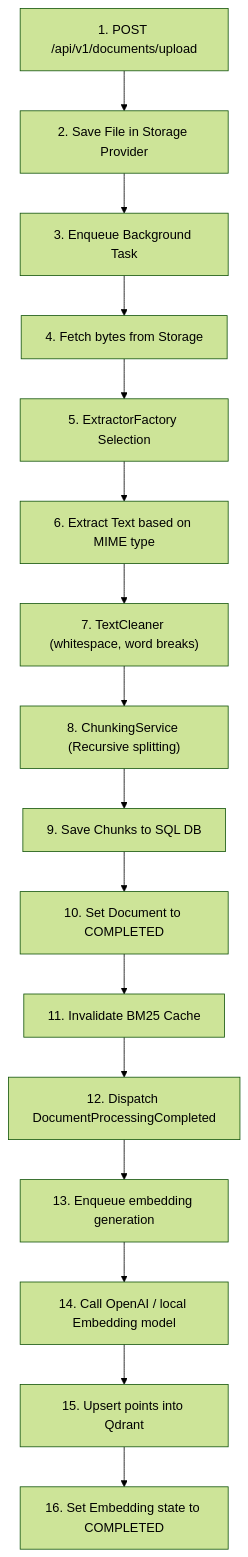
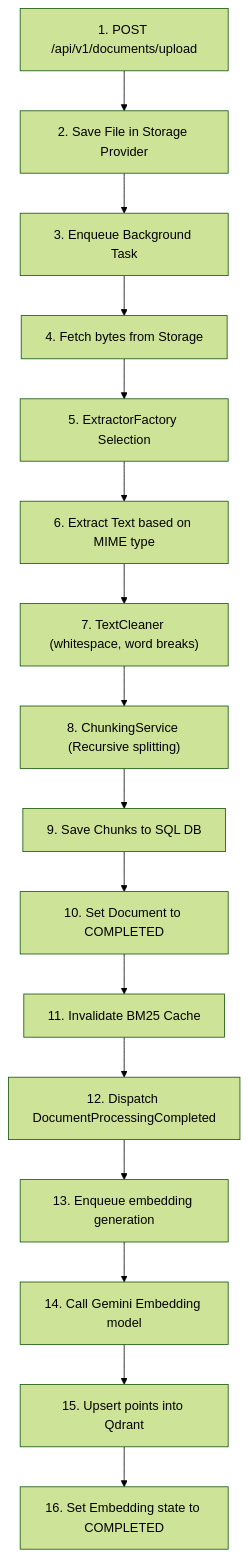
Before and after one commit to Satya-Naraharisetty/FusionRAG: the third of 7 diagrams in reverse_engineering.md, drawn with Mermaid (forest theme). The commit also changed other lines of this file and 2 other files, not shown here.

Commit message:
feat: add E2E smoke test documentation and standardize on Gemini embedding model configuration

````diff
--- a/reverse_engineering.md
+++ b/reverse_engineering.md
@@ -234,18 +234,18 @@
 ```mermaid
 flowchart TD
     Upload["1. POST /api/v1/documents/upload"] --> SaveFile["2. Save File in Storage Provider"]
     SaveFile --> JobQueue["3. Enqueue Background Task"]
     JobQueue --> GetBytes["4. Fetch bytes from Storage"]
     GetBytes --> Factory["5. ExtractorFactory Selection"]
     Factory --> Text["6. Extract Text based on MIME type"]
     Text --> Clean["7. TextCleaner (whitespace, word breaks)"]
     Clean --> Chunk["8. ChunkingService (Recursive splitting)"]
     Chunk --> SaveDB["9. Save Chunks to SQL DB"]
     SaveDB --> Complete["10. Set Document to COMPLETED"]
     Complete --> ClearCache["11. Invalidate BM25 Cache"]
     ClearCache --> Event["12. Dispatch DocumentProcessingCompleted"]
     Event --> GenerateEmb["13. Enqueue embedding generation"]
-    GenerateEmb --> Embedder["14. Call OpenAI / local Embedding model"]
+    GenerateEmb --> Embedder["14. Call Gemini Embedding model"]
     Embedder --> Qdrant["15. Upsert points into Qdrant"]
     Qdrant --> Status["16. Set Embedding state to COMPLETED"]
 ```
````
